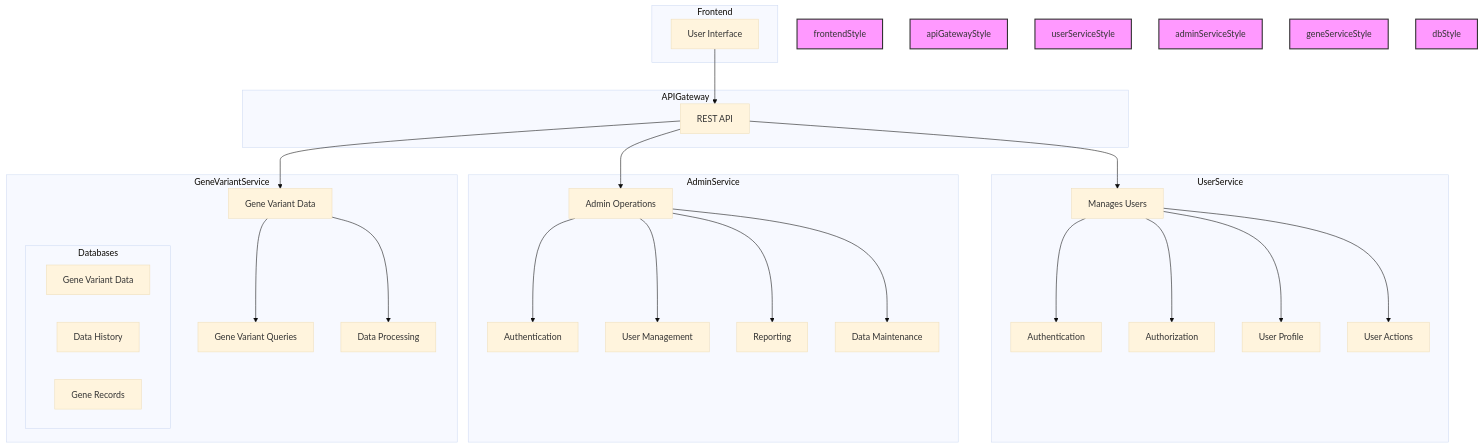
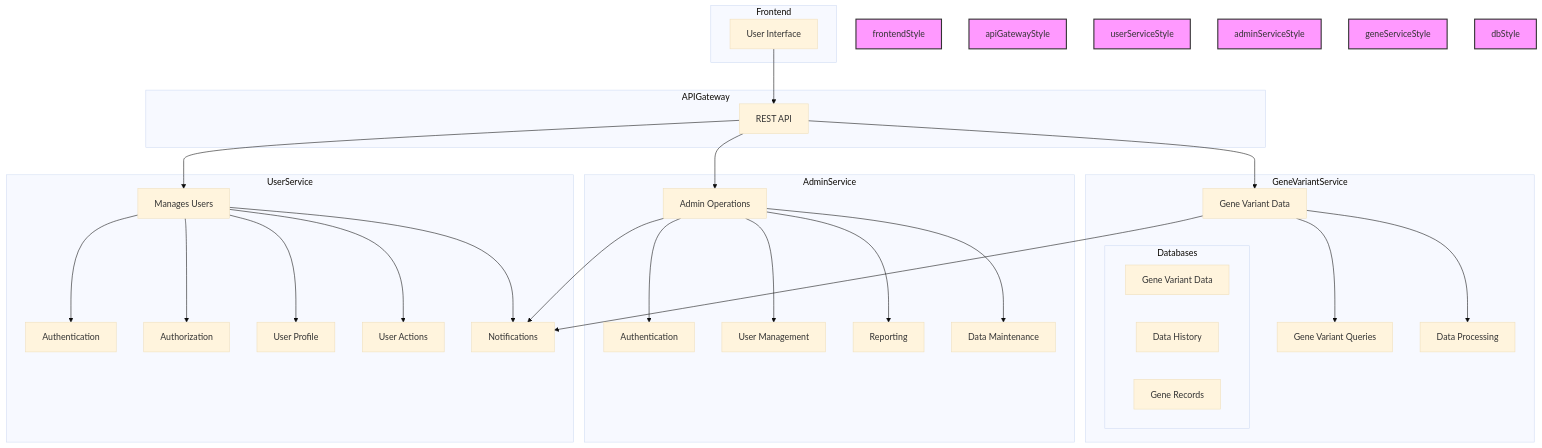
One commit to Projects-Pi/Rest-Data-Hub-Studio changed the diagram in README.md. Above: the diagram before and after it, drawn with Mermaid (base theme).

````diff
--- a/README.md
+++ b/README.md
@@ -45,60 +45,66 @@
 ```mermaid
 graph TD;
 
   subgraph Frontend
     style frontendStyle fill:#f9f,stroke:#333,stroke-width:2px;
     UI[User Interface]
   end
 
   subgraph APIGateway
     style apiGatewayStyle fill:#f9f,stroke:#333,stroke-width:2px;
     RESTAPI[REST API]
   end
 
   subgraph UserService
     style userServiceStyle fill:#f9f,stroke:#333,stroke-width:2px;
     Users[Manages Users]
     Auth[Authentication]
     Authz[Authorization]
     Profile[User Profile]
     Actions[User Actions]
+    Notifications[Notifications]
   end
 
   subgraph AdminService
     style adminServiceStyle fill:#f9f,stroke:#333,stroke-width:2px;
     AdminOps[Admin Operations]
     AuthAdmin[Authentication]
     UserMgmt[User Management]
     Reporting[Reporting]
     DataMaintenance[Data Maintenance]
+    Notifications[Notifications]
   end
 
   subgraph GeneVariantService
     style geneServiceStyle fill:#f9f,stroke:#333,stroke-width:2px;
     GeneData[Gene Variant Data]
     Queries[Gene Variant Queries]
     DataProcessing[Data Processing]
     subgraph Databases
       style dbStyle fill:#f9f,stroke:#333,stroke-width:2px;
       GeneVariantData[Gene Variant Data]
       DataHistory[Data History]
       GeneRecords[Gene Records]
     end
+    Notifications[Notifications]
   end
 
   UI --> RESTAPI
   RESTAPI --> Users
   RESTAPI --> AdminOps
   RESTAPI --> GeneData
   Users --> Auth
   Users --> Authz
   Users --> Profile
   Users --> Actions
+  Users --> Notifications
   AdminOps --> AuthAdmin
   AdminOps --> UserMgmt
   AdminOps --> Reporting
   AdminOps --> DataMaintenance
+  AdminOps --> Notifications
   GeneData --> Queries
   GeneData --> DataProcessing
+  GeneData --> Notifications
 
 ```
````
